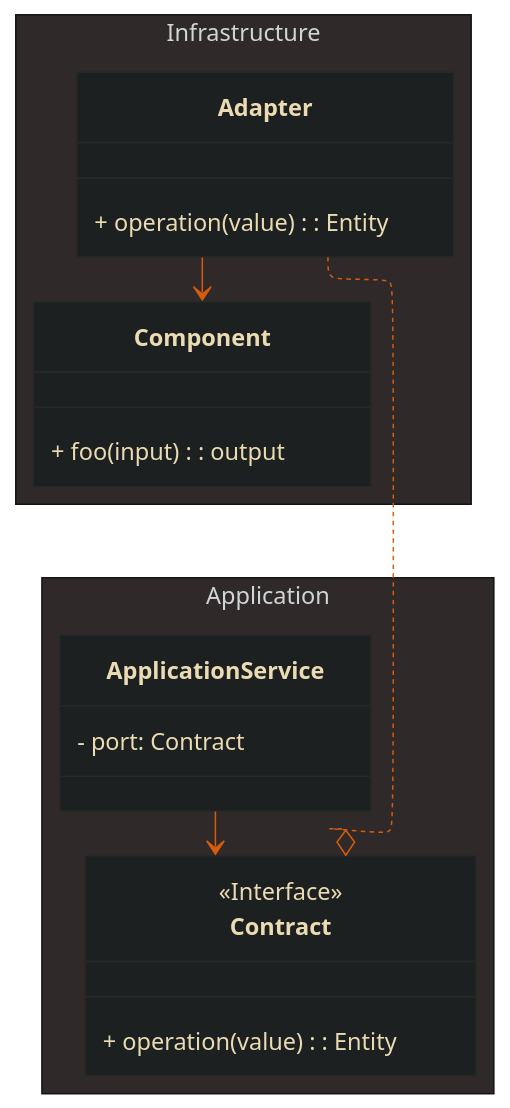
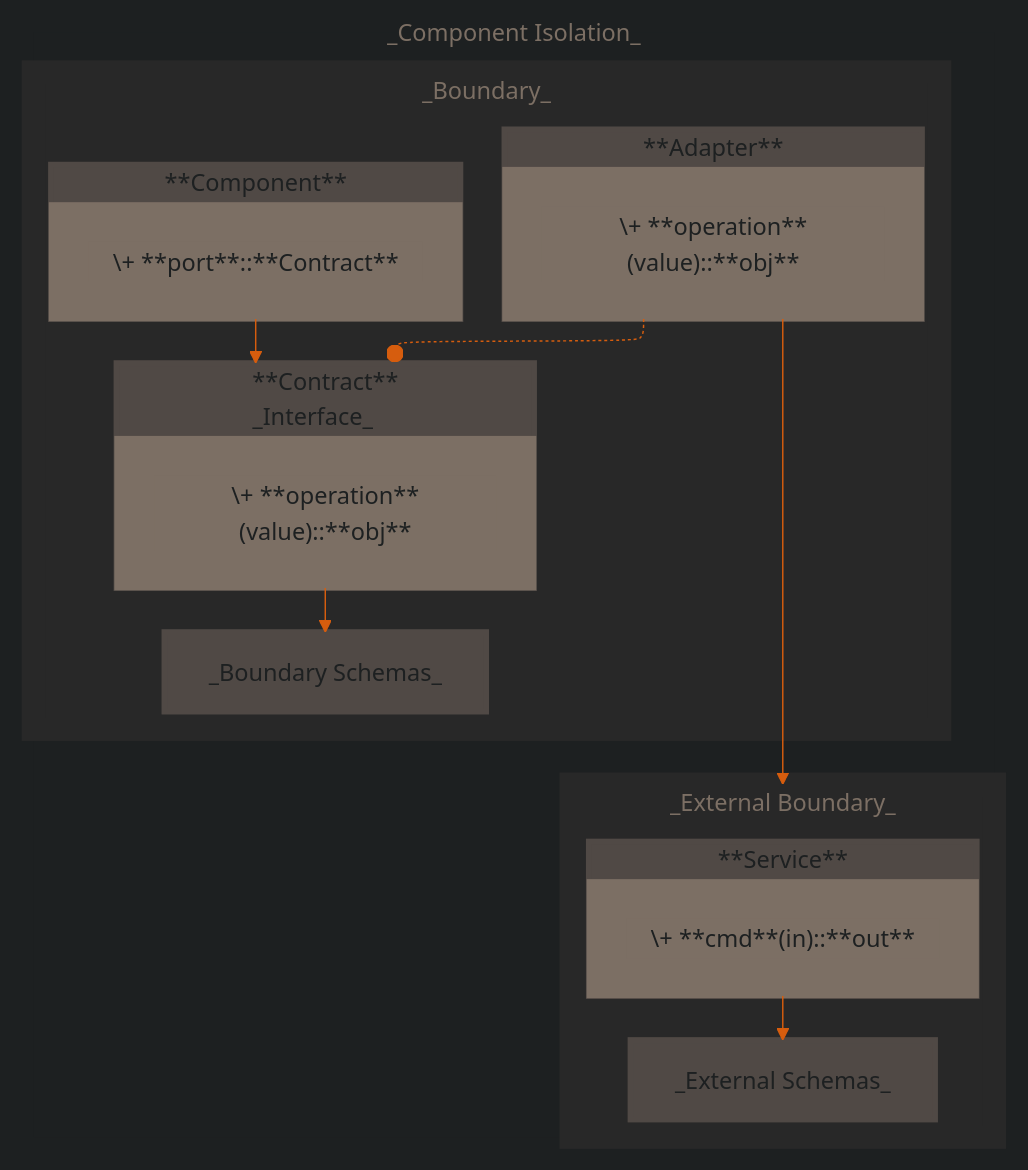
Before and after one commit to superhero/handbook: the diagram in diagrams/component-isolation.mermaid, drawn with Mermaid. The commit also changed 7 other files, not shown here.

Commit message:
updated diagrams

```diff
--- a/diagrams/component-isolation.mermaid
+++ b/diagrams/component-isolation.mermaid
@@ -1,43 +1,50 @@
 ---
 
 config:
     layout: elk
     look: classic
     theme: base
     themeVariables:
         fontFamily: "monospace"
-        background: "#3C3836"
-        primaryColor: "#1D2021"
-        primaryTextColor: "#EBDBB2"
-        primaryBorderColor: "#282828"
         lineColor: "#D65D0E"
 
 ---
 
-classDiagram
-    direction TB
+flowchart TB
+    subgraph ComponentIsolation["_Component Isolation_"]
+        subgraph ImplementaionBoundary["_Boundary_"]
+            subgraph Adapter["**Adapter**"]
+                AdapterOperation["\+&nbsp;**operation**(value)::**obj**"]:::method
+            end
 
-namespace Infrastructure {
-    class Adapter {
-        + operation(value): Entity
-    }
+            subgraph Component["**Component**"]
+                ComponentPort["\+&nbsp;**port**::**Contract**"]:::method
+            end
 
-    class Component {
-        + foo(input): output
-    }
-}
+            subgraph Contract["**Contract**<br>_Interface_"]
+                ContractOperation["\+&nbsp;**operation**(value)::**obj**"]:::method
+            end
 
-namespace Application {
-    class ApplicationService {
-        - port: Contract
-    }
+            Contract --> ImplementationSchemas["_Boundary Schemas_"]:::nsDepth_3
+        end
 
-    class Contract {
-        <<Interface>>
-        + operation(value): Entity
-    }
-}
+        subgraph ExternalBoundary["_External Boundary_"]
+            subgraph ExternalService["**Service**"]
+                ExternalServiceCmd["\+&nbsp;**cmd**(in)::**out**"]:::method
+            end
 
-ApplicationService --> Contract
-Adapter ..o Contract
-Adapter --> Component
+            ExternalService:::nsDepth_3 --> ExternalSchemas["_External Schemas_"]:::nsDepth_3
+        end
+    end
+
+    Component:::nsDepth_3   ---> Contract:::nsDepth_3
+    Adapter:::nsDepth_3     -.-o Contract
+    Adapter                 ---> ExternalBoundary
+
+    classDef nsDepth_1 fill:#1D2021,stroke:#1D2021,color:#7C6F64,stroke-width:24px
+    classDef nsDepth_2 fill:#282828,stroke:#282828,color:#7C6F64,stroke-width:16px
+    classDef nsDepth_3 fill:#504945,stroke:#504945,color:#1D2021,stroke-width:4px
+    classDef method fill:#7C6F64,stroke:#7C6F64,color:#1D2021,stroke-width:27px
+
+    class ComponentIsolation nsDepth_1
+    class ImplementaionBoundary,ExternalBoundary nsDepth_2
```
